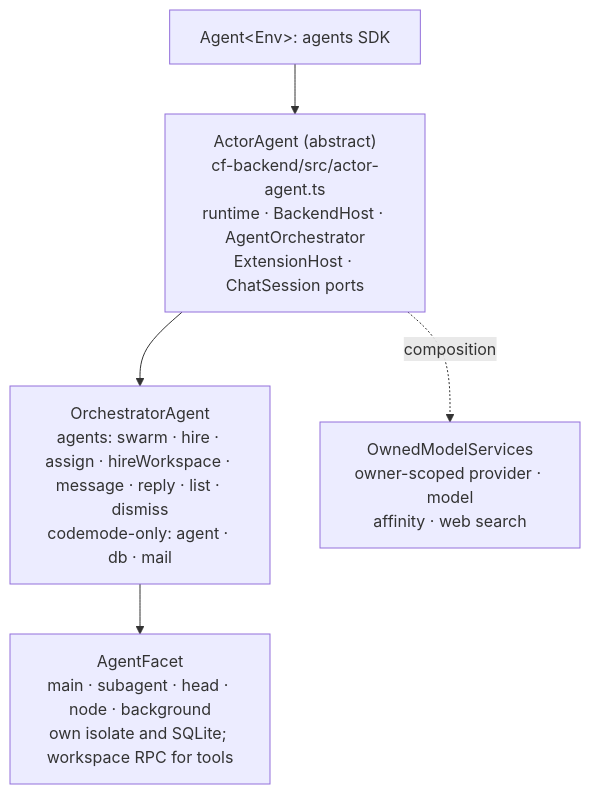
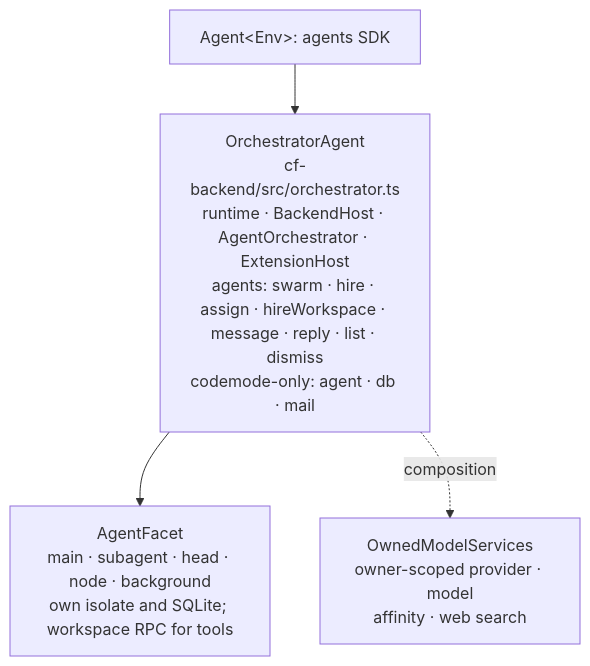
One commit to AshishKumar4/kinu changed the second of 5 diagrams in docs/ARCHITECTURE.md. Above: the diagram before and after it, drawn with Mermaid. The commit also changed other lines of this file and 65 other files, not shown here.

First line of the commit message:
refactor(cf): fold ActorAgent into OrchestratorAgent, the one workspace class

````diff
--- a/docs/ARCHITECTURE.md
+++ b/docs/ARCHITECTURE.md
@@ -70,13 +70,11 @@
 ```mermaid
 graph TB
     A["Agent&lt;Env&gt;: agents SDK"]
-    AA["ActorAgent (abstract)<br/>cf-backend/src/actor-agent.ts<br/>runtime · BackendHost · AgentOrchestrator<br/>ExtensionHost · ChatSession ports"]
-    O["OrchestratorAgent<br/>agents: swarm · hire · assign · hireWorkspace · message · reply · list · dismiss<br/>codemode-only: agent · db · mail"]
+    O["OrchestratorAgent<br/>cf-backend/src/orchestrator.ts<br/>runtime · BackendHost · AgentOrchestrator · ExtensionHost<br/>agents: swarm · hire · assign · hireWorkspace · message · reply · list · dismiss<br/>codemode-only: agent · db · mail"]
     H["AgentFacet<br/>main · subagent · head · node · background<br/>own isolate and SQLite; workspace RPC for tools"]
     OMS["OwnedModelServices<br/>owner-scoped provider · model<br/>affinity · web search"]
 
-    A --> AA
-    AA --> O
+    A --> O
     O --> H
-    AA -.->|composition| OMS
+    O -.->|composition| OMS
 ```
````
